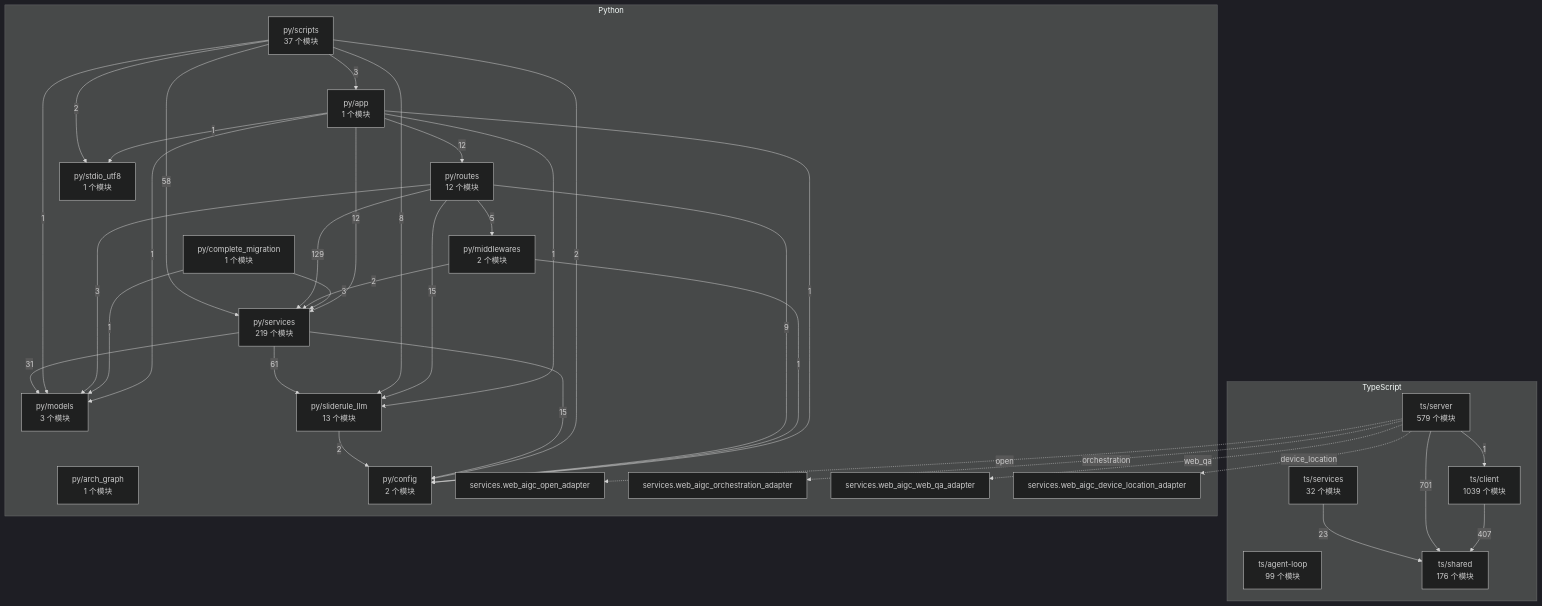
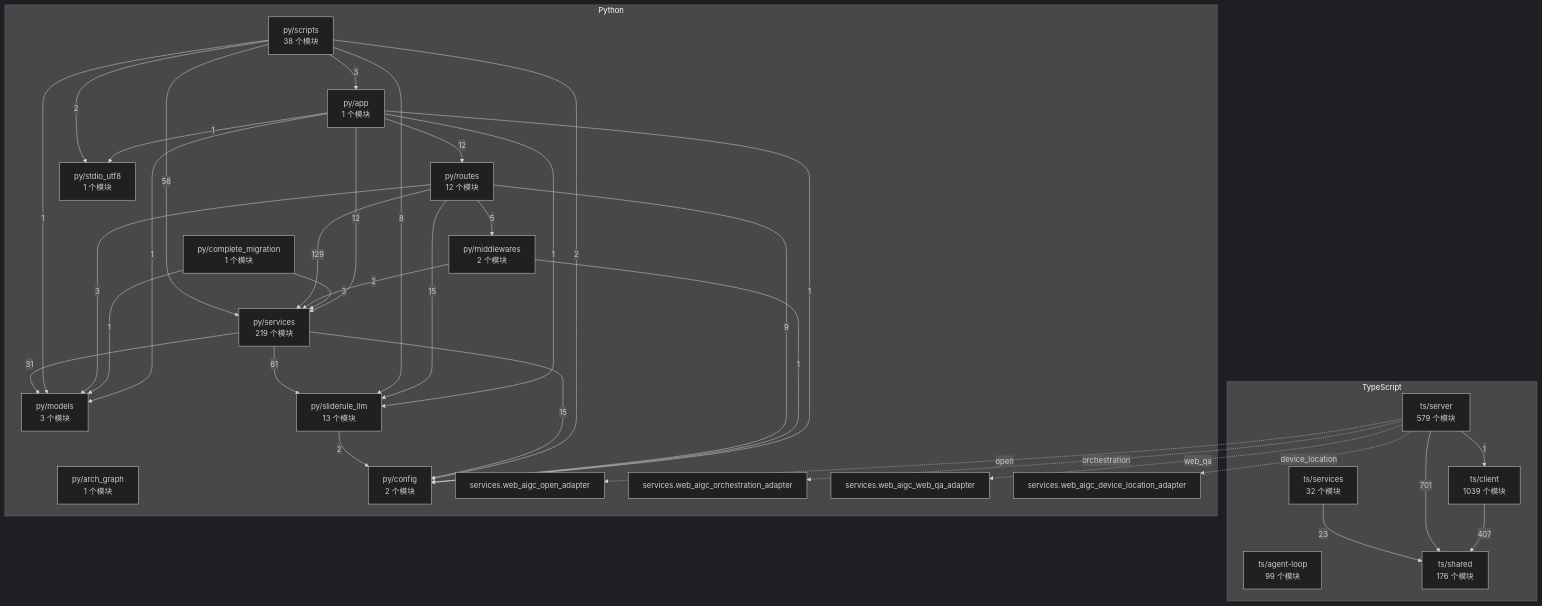
Before and after one commit to 2686521696/WhyBuddy: the diagram in docs/WhyBuddy 全仓架构图（自动生成）.md, drawn with Mermaid (dark theme). The commit also changed 1 other file, not shown here.

Commit message:
四张图跟上这一轮的源码改动
`sliderule_full.py`（建会话兜底 goal）与 `rehearsal_control.py`（诊断日志、
守卫换判据）改完没重跑生成器，两条同步闸红。用新入口 `npm run arch:emit`
一次生成四张。test_architecture 74 条全绿。

Claude-Session: https://claude.ai/code/session_01AQxHC9YxmoDQfa57ugR1mn

````diff
--- a/docs/WhyBuddy 全仓架构图（自动生成）.md
+++ b/docs/WhyBuddy 全仓架构图（自动生成）.md
@@ -14,60 +14,60 @@
 ```mermaid
 flowchart TB
   subgraph ts [TypeScript]
     ts_agent_loop["ts/agent-loop<br/>99 个模块"]
     ts_client["ts/client<br/>1039 个模块"]
     ts_server["ts/server<br/>579 个模块"]
     ts_services["ts/services<br/>32 个模块"]
     ts_shared["ts/shared<br/>176 个模块"]
   end
   subgraph py [Python]
     py_app["py/app<br/>1 个模块"]
     py_arch_graph["py/arch_graph<br/>1 个模块"]
     py_complete_migration["py/complete_migration<br/>1 个模块"]
     py_config["py/config<br/>2 个模块"]
     py_middlewares["py/middlewares<br/>2 个模块"]
     py_models["py/models<br/>3 个模块"]
     py_routes["py/routes<br/>12 个模块"]
-    py_scripts["py/scripts<br/>37 个模块"]
+    py_scripts["py/scripts<br/>38 个模块"]
     py_services["py/services<br/>219 个模块"]
     py_sliderule_llm["py/sliderule_llm<br/>13 个模块"]
     py_stdio_utf8["py/stdio_utf8<br/>1 个模块"]
     py_services_web_aigc_open_adapter["services.web_aigc_open_adapter"]
     py_services_web_aigc_orchestration_adapter["services.web_aigc_orchestration_adapter"]
     py_services_web_aigc_web_qa_adapter["services.web_aigc_web_qa_adapter"]
     py_services_web_aigc_device_location_adapter["services.web_aigc_device_location_adapter"]
   end
   ts_client -->|407| ts_shared
   ts_server -->|1| ts_client
   ts_server -->|701| ts_shared
   ts_services -->|23| ts_shared
   py_app -->|1| py_config
   py_app -->|1| py_models
   py_app -->|12| py_routes
   py_app -->|12| py_services
   py_app -->|1| py_sliderule_llm
   py_app -->|1| py_stdio_utf8
   py_complete_migration -->|1| py_models
   py_complete_migration -->|3| py_services
   py_middlewares -->|1| py_config
   py_middlewares -->|2| py_services
   py_routes -->|9| py_config
   py_routes -->|5| py_middlewares
   py_routes -->|3| py_models
   py_routes -->|129| py_services
   py_routes -->|15| py_sliderule_llm
   py_scripts -->|3| py_app
   py_scripts -->|2| py_config
   py_scripts -->|1| py_models
   py_scripts -->|58| py_services
   py_scripts -->|8| py_sliderule_llm
   py_scripts -->|2| py_stdio_utf8
   py_services -->|15| py_config
   py_services -->|31| py_models
   py_services -->|61| py_sliderule_llm
   py_sliderule_llm -->|2| py_config
   ts_server -.->|open| py_services_web_aigc_open_adapter
   ts_server -.->|orchestration| py_services_web_aigc_orchestration_adapter
   ts_server -.->|web_qa| py_services_web_aigc_web_qa_adapter
   ts_server -.->|device_location| py_services_web_aigc_device_location_adapter
 ```
````
